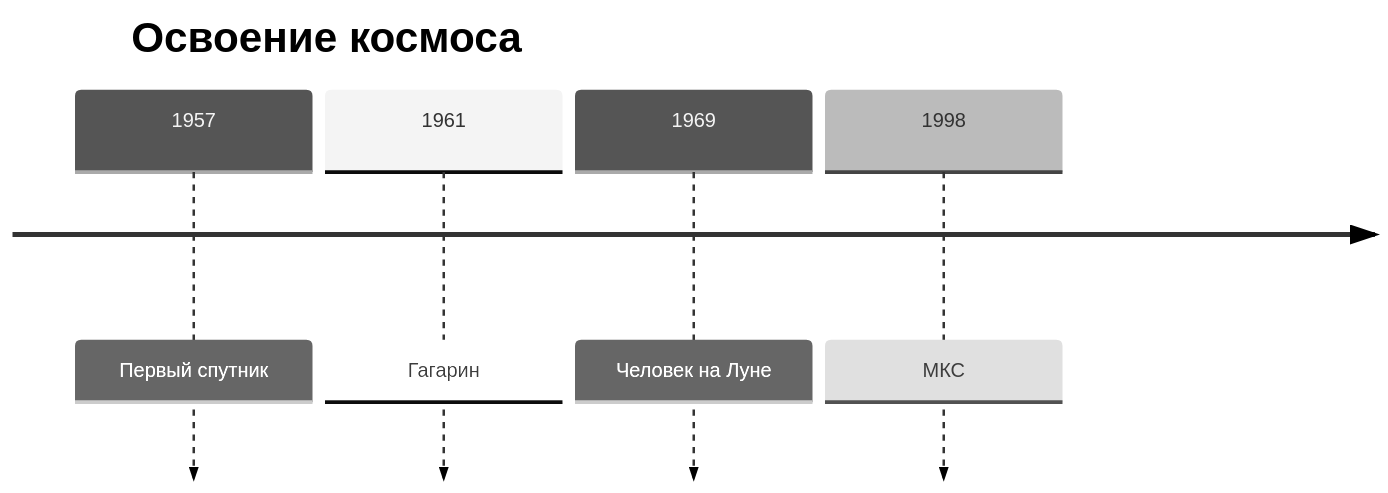
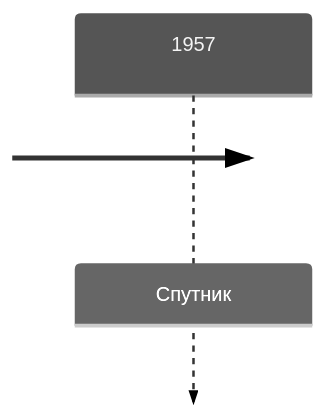
Diagram 12 of 13 in examples/documents/13-mermaid.md (kscht/spiridus-docs), drawn with Mermaid before and after one commit. The commit also changed other lines of this file and 56 other files, not shown here.

````diff
--- a/examples/documents/13-mermaid.md
+++ b/examples/documents/13-mermaid.md
@@ -142,9 +180,5 @@
 ```mermaid
-%%{init: {"theme": "neutral"}}%%
+%%{init: {"theme": "neutral", "timeline": {"padding": 5, "leftMargin": 0}}}%%
 timeline
-  title Освоение космоса
-  1957 : Первый спутник
-  1961 : Гагарин
-  1969 : Человек на Луне
-  1998 : МКС
+  1957 : Спутник
 ```
````
